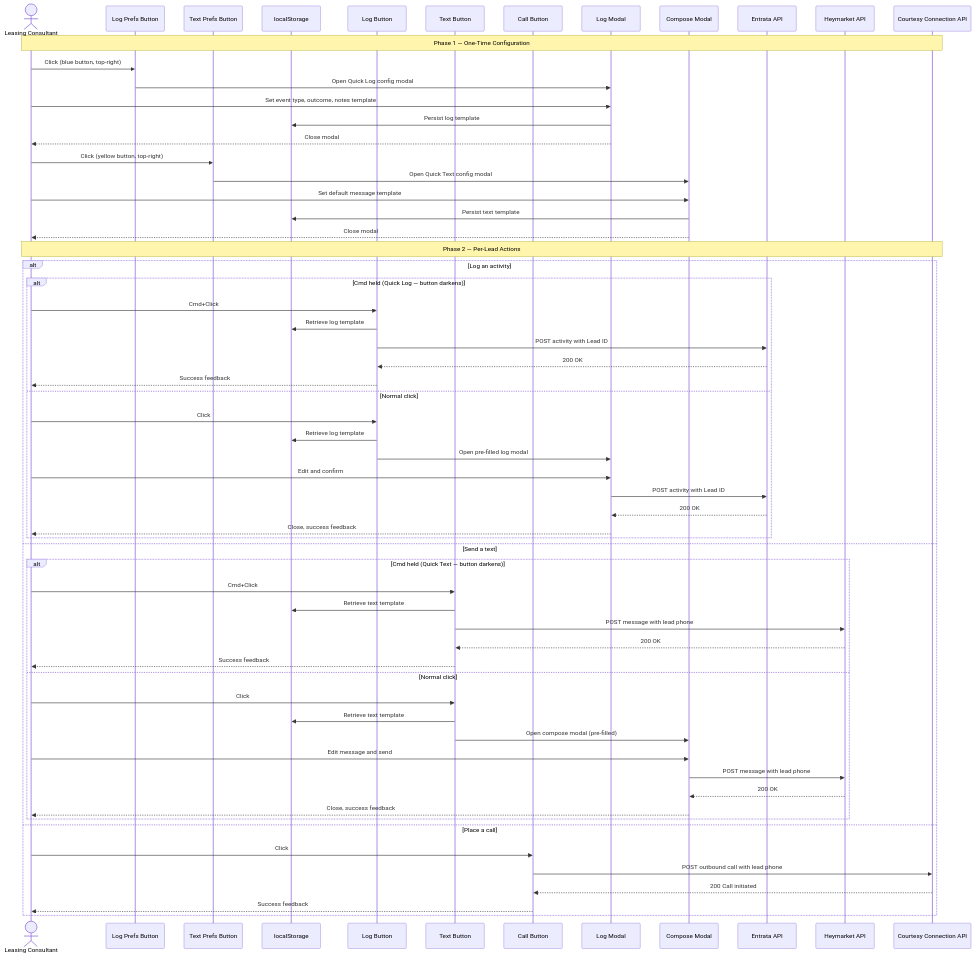
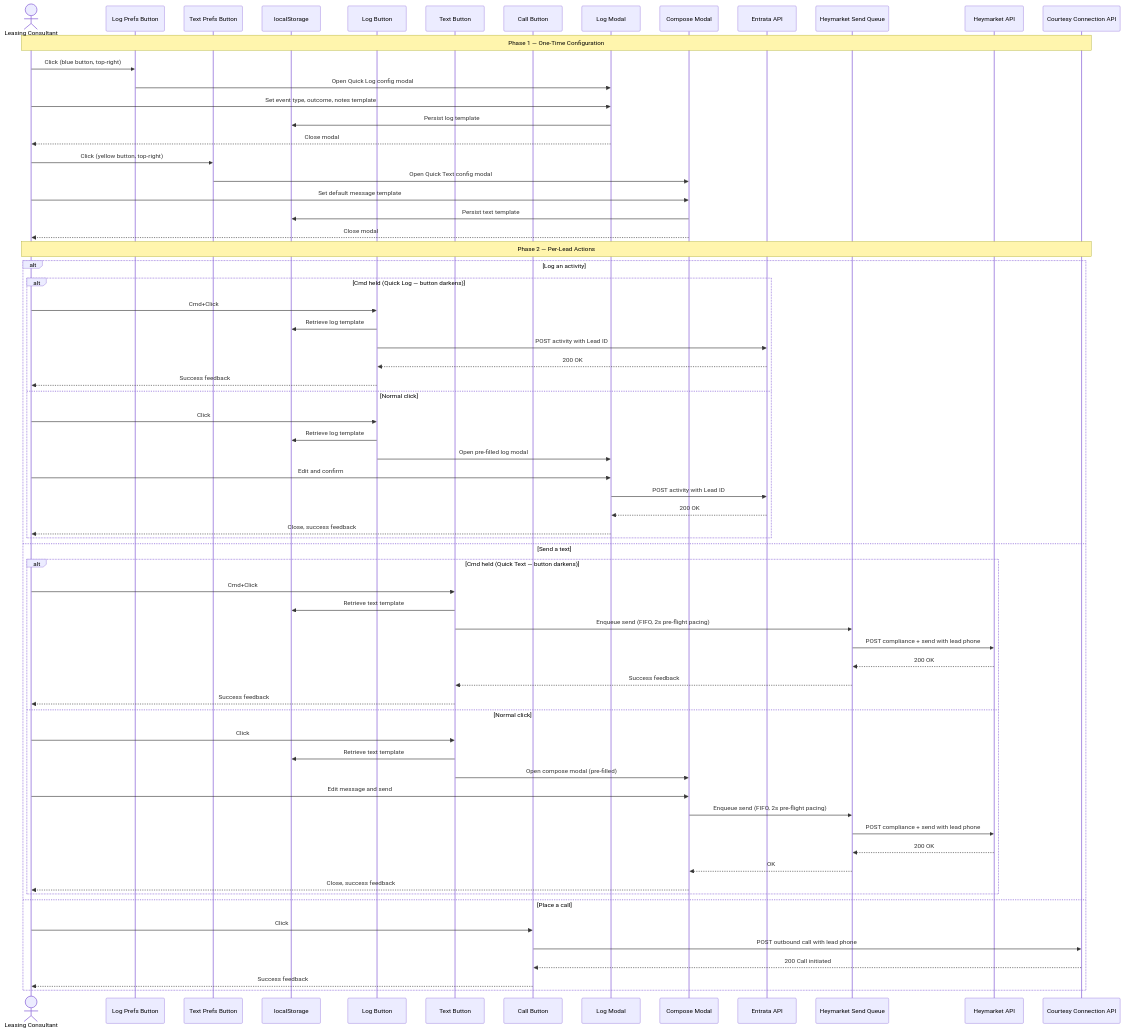
Before and after one commit to samuelglee06/Juliet: the diagram in docs/PRD.md, drawn with Mermaid. The commit also changed other lines of this file and 2 other files, not shown here.

Commit message:
Update README, PRD, and userscript version for Juliet project; implement Heymarket send queue functionality
- Revised README to include details on the new FIFO send queue for Heymarket texts, enhancing user experience and compliance.
- Updated PRD to reflect the latest version (2.2.2) and added new feature FR-7 for send pacing.
- Bumped userscript version from 0.4.2 to 0.5.2 to align with recent enhancements and improvements in the Heymarket integration.

````diff
--- a/docs/PRD.md
+++ b/docs/PRD.md
@@ -58,68 +60,73 @@
 ```mermaid
 sequenceDiagram
     actor User as Leasing Consultant
     participant LogPrefs as Log Prefs Button
     participant TextPrefs as Text Prefs Button
     participant Storage as localStorage
     participant LogBtn as Log Button
     participant TextBtn as Text Button
     participant CallBtn as Call Button
     participant LogModal as Log Modal
     participant ComposeModal as Compose Modal
     participant EntrataAPI as Entrata API
+    participant HeymarketQ as Heymarket Send Queue
     participant HeymarketAPI as Heymarket API
     participant CCAPI as Courtesy Connection API
 
     Note over User,CCAPI: Phase 1 — One-Time Configuration
     User->>LogPrefs: Click (blue button, top-right)
     LogPrefs->>LogModal: Open Quick Log config modal
     User->>LogModal: Set event type, outcome, notes template
     LogModal->>Storage: Persist log template
     LogModal-->>User: Close modal
 
     User->>TextPrefs: Click (yellow button, top-right)
     TextPrefs->>ComposeModal: Open Quick Text config modal
     User->>ComposeModal: Set default message template
     ComposeModal->>Storage: Persist text template
     ComposeModal-->>User: Close modal
 
     Note over User,CCAPI: Phase 2 — Per-Lead Actions
     alt Log an activity
         alt Cmd held (Quick Log — button darkens)
             User->>LogBtn: Cmd+Click
             LogBtn->>Storage: Retrieve log template
             LogBtn->>EntrataAPI: POST activity with Lead ID
             EntrataAPI-->>LogBtn: 200 OK
             LogBtn-->>User: Success feedback
         else Normal click
             User->>LogBtn: Click
             LogBtn->>Storage: Retrieve log template
             LogBtn->>LogModal: Open pre-filled log modal
             User->>LogModal: Edit and confirm
             LogModal->>EntrataAPI: POST activity with Lead ID
             EntrataAPI-->>LogModal: 200 OK
             LogModal-->>User: Close, success feedback
         end
     else Send a text
         alt Cmd held (Quick Text — button darkens)
             User->>TextBtn: Cmd+Click
             TextBtn->>Storage: Retrieve text template
-            TextBtn->>HeymarketAPI: POST message with lead phone
-            HeymarketAPI-->>TextBtn: 200 OK
+            TextBtn->>HeymarketQ: Enqueue send (FIFO, 2s pre-flight pacing)
+            HeymarketQ->>HeymarketAPI: POST compliance + send with lead phone
+            HeymarketAPI-->>HeymarketQ: 200 OK
+            HeymarketQ-->>TextBtn: Success feedback
             TextBtn-->>User: Success feedback
         else Normal click
             User->>TextBtn: Click
             TextBtn->>Storage: Retrieve text template
             TextBtn->>ComposeModal: Open compose modal (pre-filled)
             User->>ComposeModal: Edit message and send
-            ComposeModal->>HeymarketAPI: POST message with lead phone
-            HeymarketAPI-->>ComposeModal: 200 OK
+            ComposeModal->>HeymarketQ: Enqueue send (FIFO, 2s pre-flight pacing)
+            HeymarketQ->>HeymarketAPI: POST compliance + send with lead phone
+            HeymarketAPI-->>HeymarketQ: 200 OK
+            HeymarketQ-->>ComposeModal: OK
             ComposeModal-->>User: Close, success feedback
         end
     else Place a call
         User->>CallBtn: Click
         CallBtn->>CCAPI: POST outbound call with lead phone
         CCAPI-->>CallBtn: 200 Call initiated
         CallBtn-->>User: Success feedback
     end
 ```
````
